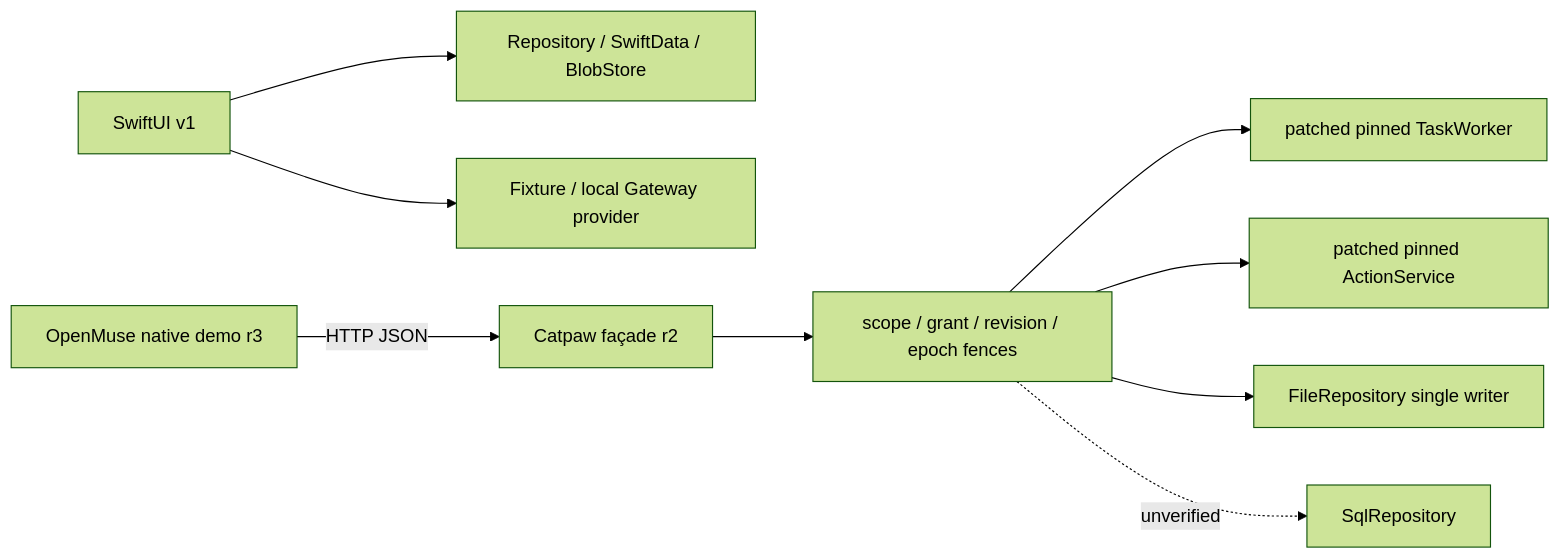
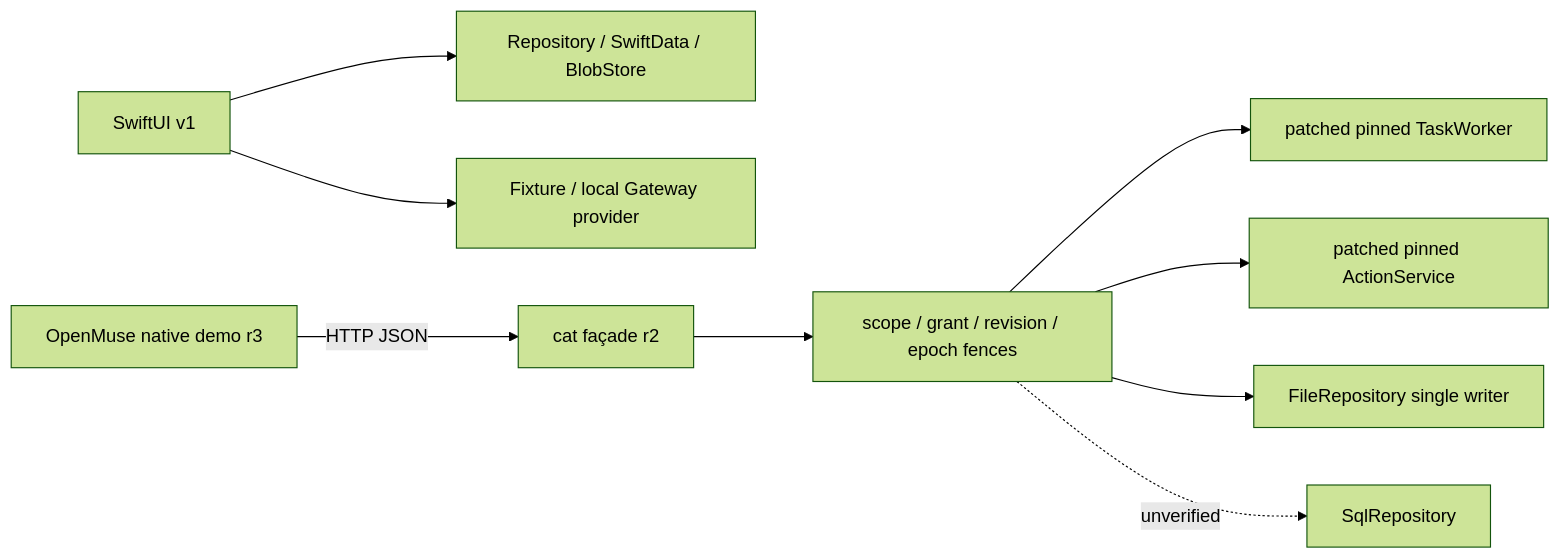
The diagram in docs/architecture/README.md (Yankj/cat-m), drawn with Mermaid (forest theme) before and after one commit. The commit also changed other lines of this file and 64 other files, not shown here.

Commit message:
docs: rename user-facing Catpaw/Catpaw-m to cat and update repo URLs to Yankj/cat-m

````diff
--- a/docs/architecture/README.md
+++ b/docs/architecture/README.md
@@ -19,11 +19,11 @@
 ```mermaid
 flowchart LR
   UI[SwiftUI v1] --> Repo[Repository / SwiftData / BlobStore]
   UI --> Provider[Fixture / local Gateway provider]
-  Demo[OpenMuse native demo r3] -->|HTTP JSON| Facade[Catpaw façade r2]
+  Demo[OpenMuse native demo r3] -->|HTTP JSON| Facade[cat façade r2]
   Facade --> Fence[scope / grant / revision / epoch fences]
   Fence --> Worker[patched pinned TaskWorker]
   Fence --> Action[patched pinned ActionService]
   Fence --> Store[FileRepository single writer]
   Fence -. unverified .-> SQL[SqlRepository]
 ```
````
